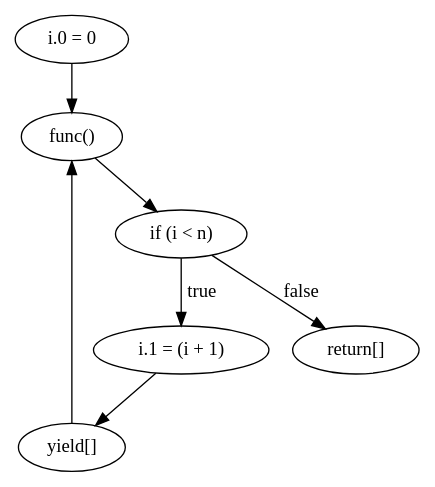
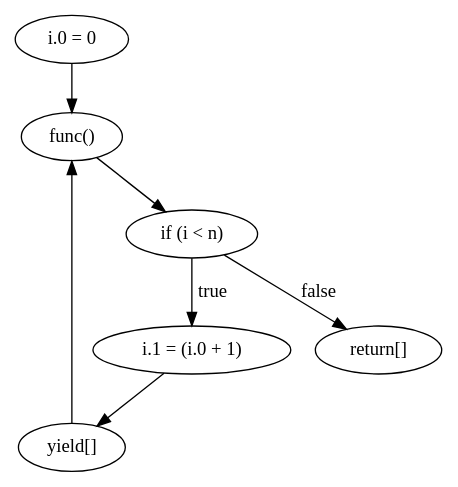
Before and after one commit to WorldofKerry/ToHDL: the diagram in crates/passes/make_ssa.dot, drawn with Graphviz. The commit also changed 3 other files, not shown here.

```diff
--- a/crates/passes/make_ssa.dot
+++ b/crates/passes/make_ssa.dot
@@ -1,14 +1,14 @@
 digraph {
     0 [ label = "i.0 = 0" ]
     1 [ label = "if (i < n)" ]
-    2 [ label = "i.1 = (i + 1)" ]
+    2 [ label = "i.1 = (i.0 + 1)" ]
     3 [ label = "yield[]" ]
     4 [ label = "return[]" ]
     5 [ label = "func()" ]
     3 -> 5 [ label = "" ]
     1 -> 2 [ label = "true" ]
     2 -> 3 [ label = "" ]
     5 -> 1 [ label = "" ]
     1 -> 4 [ label = "false" ]
     0 -> 5 [ label = "" ]
 }
```
